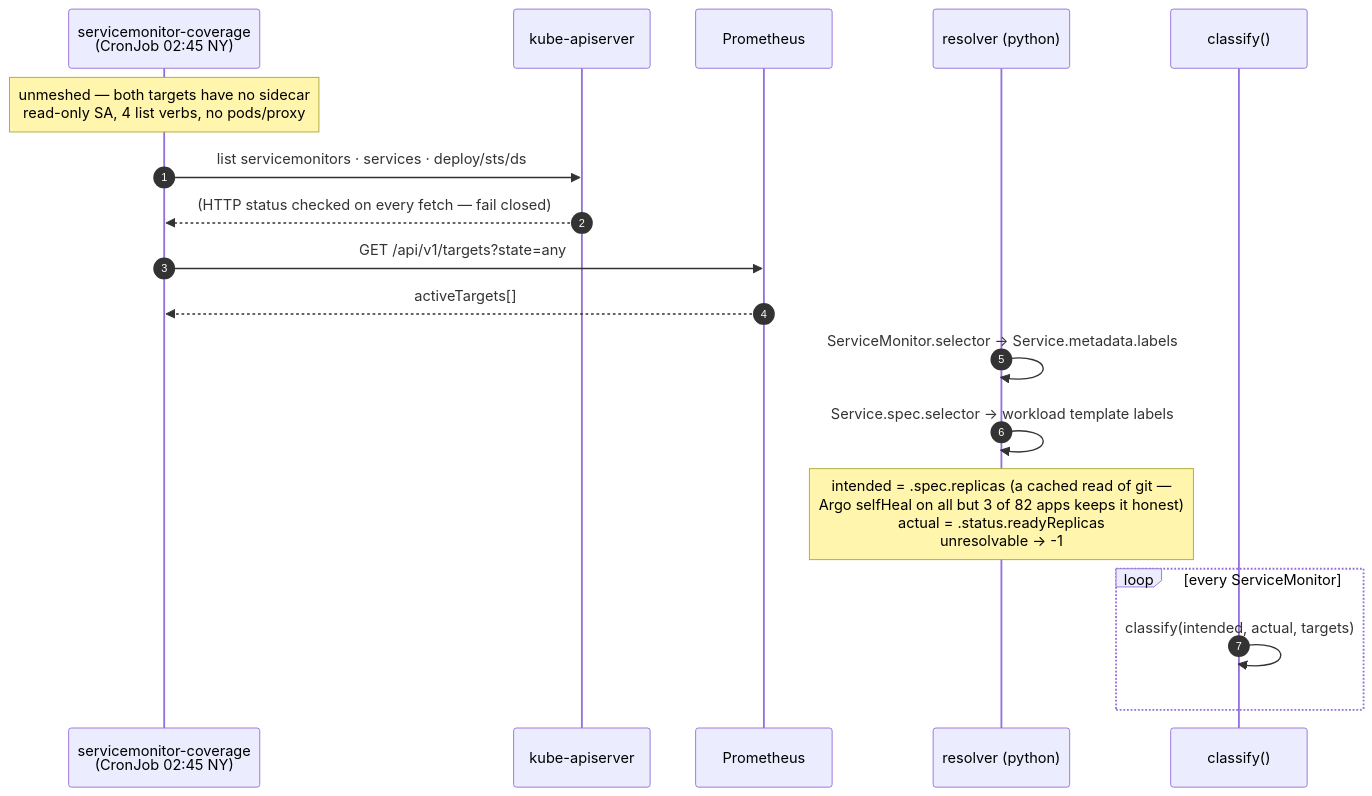
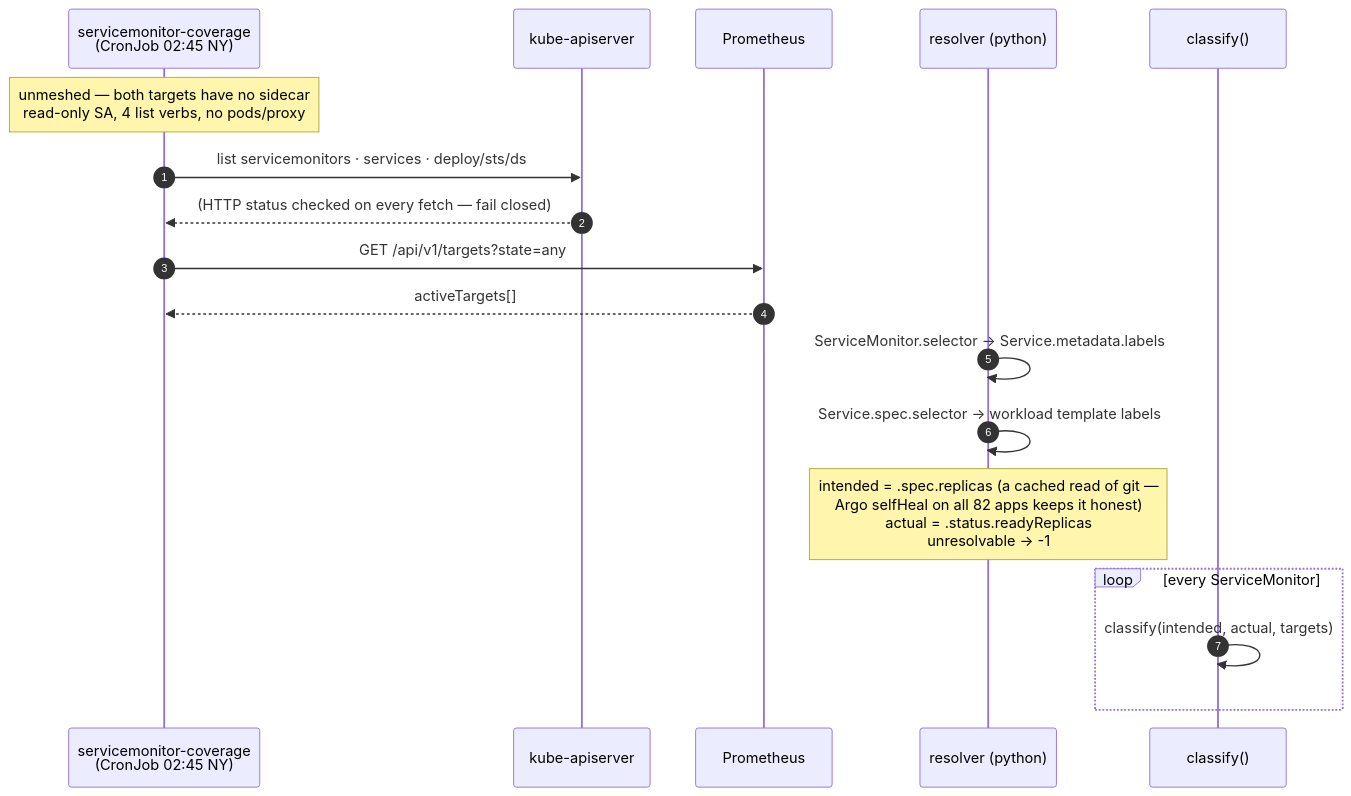
One commit to edtbl76/weyland-lab changed the second of 3 diagrams in docs/diagrams/flow-servicemonitor-coverage.md. Above: the diagram before and after it, drawn with Mermaid. The commit also changed 5 other files, not shown here.

First line of the commit message:
Enable self-healing for all Argo CD apps

````diff
--- a/docs/diagrams/flow-servicemonitor-coverage.md
+++ b/docs/diagrams/flow-servicemonitor-coverage.md
@@ -36,24 +36,24 @@
 ```mermaid
 sequenceDiagram
     autonumber
     participant CJ as servicemonitor-coverage<br/>(CronJob 02:45 NY)
     participant API as kube-apiserver
     participant PROM as Prometheus
     participant RES as resolver (python)
     participant CLS as classify()
 
     Note over CJ: unmeshed — both targets have no sidecar<br/>read-only SA, 4 list verbs, no pods/proxy
 
     CJ->>API: list servicemonitors · services · deploy/sts/ds
     API-->>CJ: (HTTP status checked on every fetch — fail closed)
     CJ->>PROM: GET /api/v1/targets?state=any
     PROM-->>CJ: activeTargets[]
 
     RES->>RES: ServiceMonitor.selector → Service.metadata.labels
     RES->>RES: Service.spec.selector → workload template labels
-    Note over RES: intended = .spec.replicas (a cached read of git —<br/>Argo selfHeal on all but 3 of 82 apps keeps it honest)<br/>actual = .status.readyReplicas<br/>unresolvable → -1
+    Note over RES: intended = .spec.replicas (a cached read of git —<br/>Argo selfHeal on all 82 apps keeps it honest)<br/>actual = .status.readyReplicas<br/>unresolvable → -1
 
     loop every ServiceMonitor
     CLS->>CLS: classify(intended, actual, targets)
     end
 ```
````
